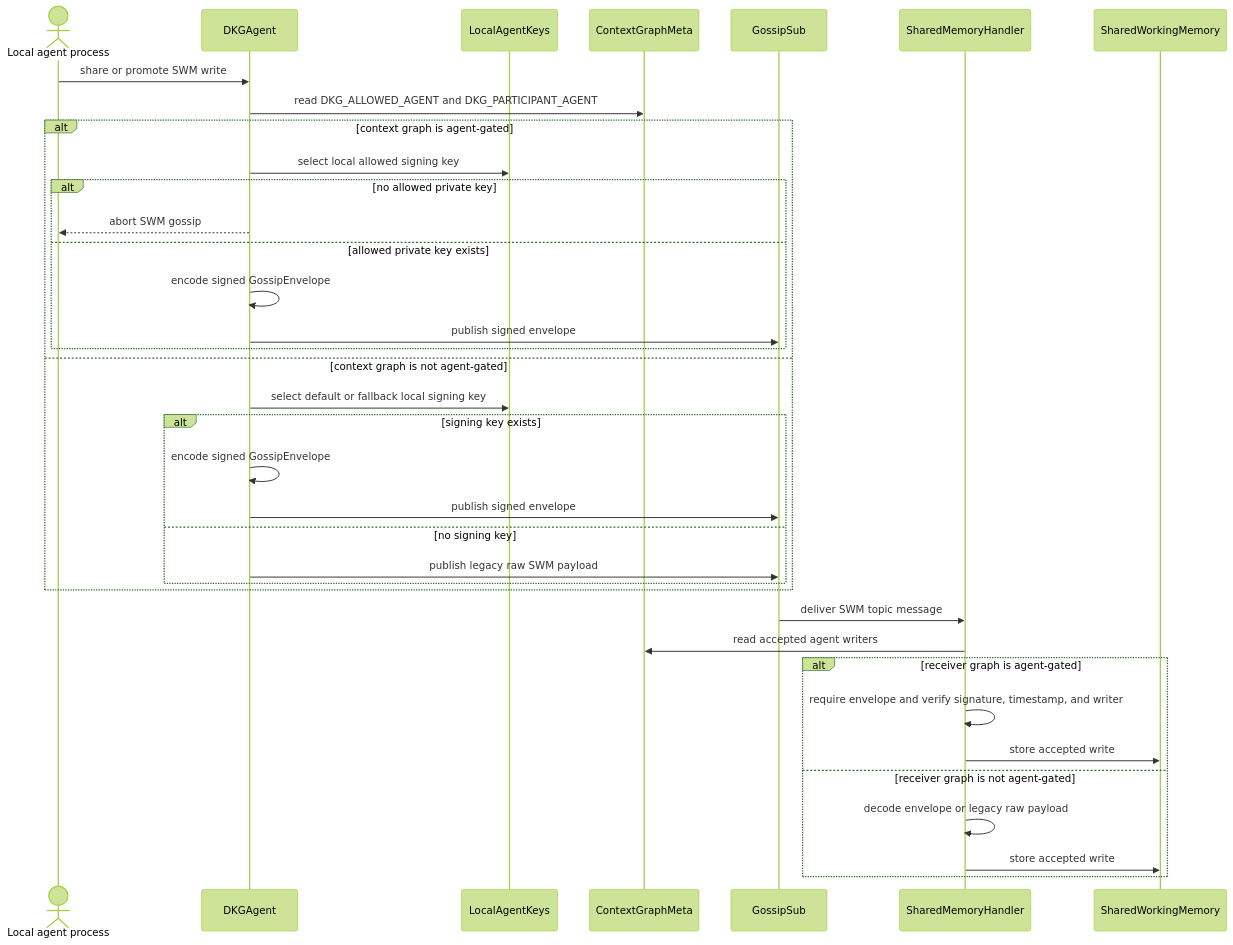
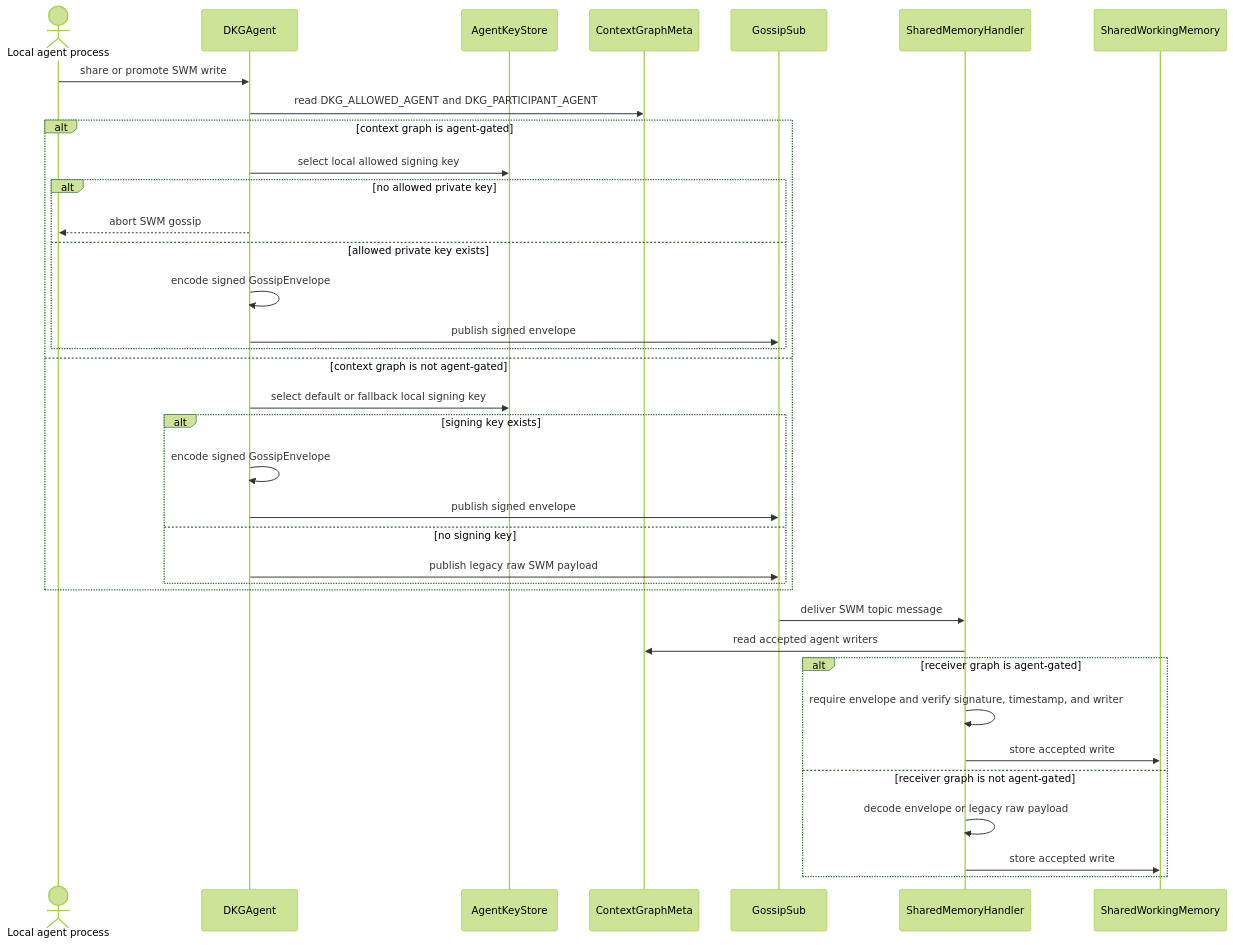
One commit to KilianTrunk/dkg changed the fifth of 7 diagrams in ARCHITECTURE.md. Above: the diagram before and after it, drawn with Mermaid (forest theme). The commit also changed 5 other files, not shown here.

````diff
--- a/ARCHITECTURE.md
+++ b/ARCHITECTURE.md
@@ -454,39 +454,39 @@
 ```mermaid
 sequenceDiagram
 actor Writer as Local agent process
 participant Agent as DKGAgent
-participant Keys as LocalAgentKeys
+participant Keys as AgentKeyStore
 participant Meta as ContextGraphMeta
 participant Gossip as GossipSub
 participant Handler as SharedMemoryHandler
 participant SWM as SharedWorkingMemory
 
 Writer->>Agent: share or promote SWM write
 Agent->>Meta: read DKG_ALLOWED_AGENT and DKG_PARTICIPANT_AGENT
 alt context graph is agent-gated
   Agent->>Keys: select local allowed signing key
   alt no allowed private key
     Agent-->>Writer: abort SWM gossip
   else allowed private key exists
     Agent->>Agent: encode signed GossipEnvelope
     Agent->>Gossip: publish signed envelope
   end
 else context graph is not agent-gated
   Agent->>Keys: select default or fallback local signing key
   alt signing key exists
     Agent->>Agent: encode signed GossipEnvelope
     Agent->>Gossip: publish signed envelope
   else no signing key
     Agent->>Gossip: publish legacy raw SWM payload
   end
 end
 Gossip->>Handler: deliver SWM topic message
 Handler->>Meta: read accepted agent writers
 alt receiver graph is agent-gated
   Handler->>Handler: require envelope and verify signature, timestamp, and writer
   Handler->>SWM: store accepted write
 else receiver graph is not agent-gated
   Handler->>Handler: decode envelope or legacy raw payload
   Handler->>SWM: store accepted write
 end
 ```
````
